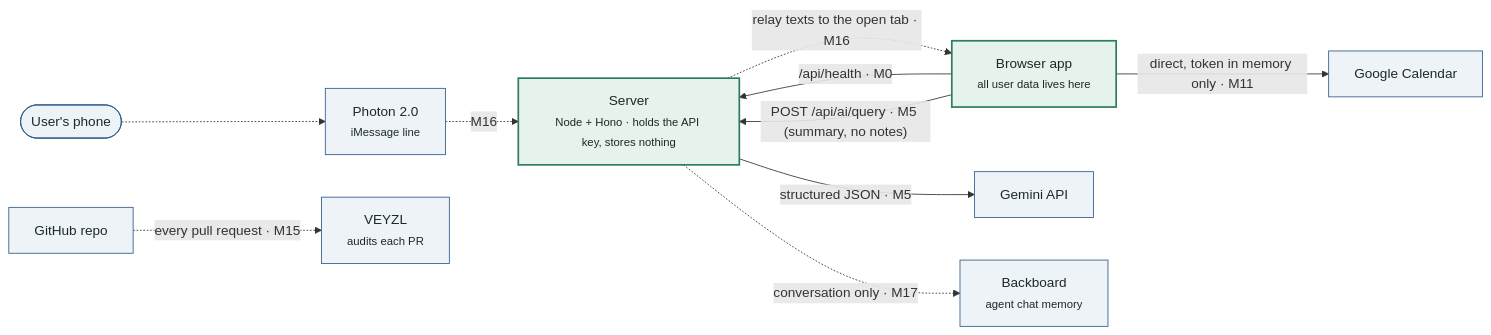
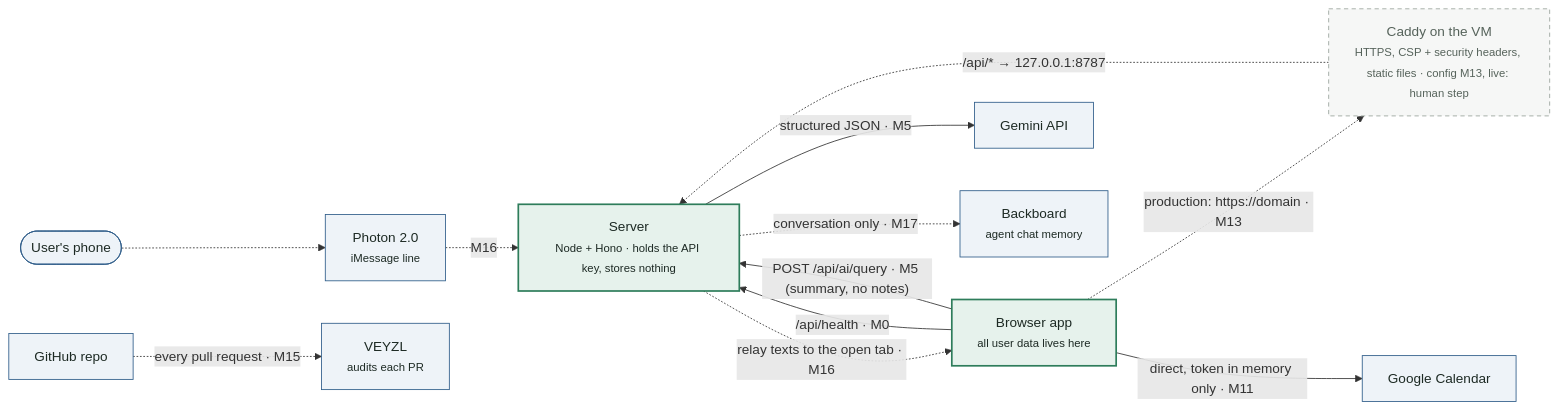
Before and after one commit to trafwel/ConnectWork: the first of 3 diagrams in docs/ARCHITECTURE.md, drawn with Mermaid. The commit also changed other lines of this file and 16 other files, not shown here.

First line of the commit message:
M13: deploy config (Caddy HTTPS + CSP, hardened systemd, runbook)

````diff
--- a/docs/ARCHITECTURE.md
+++ b/docs/ARCHITECTURE.md
@@ -9,25 +9,28 @@
 ```mermaid
 flowchart LR
   Phone(["User's phone"]):::external
   Browser["Browser app<br/><small>all user data lives here</small>"]:::built
   Server["Server<br/><small>Node + Hono · holds the API key, stores nothing</small>"]:::built
+  Caddy["Caddy on the VM<br/><small>HTTPS, CSP + security headers, static files · config M13, live: human step</small>"]:::planned
   Gemini["Gemini API"]:::external
   GCal["Google Calendar"]:::external
   Photon["Photon 2.0<br/><small>iMessage line</small>"]:::external
   Backboard["Backboard<br/><small>agent chat memory</small>"]:::external
   GitHub["GitHub repo"]:::external
   VEYZL["VEYZL<br/><small>audits each PR</small>"]:::external
 
+  Browser -.->|"production: https://domain · M13"| Caddy
+  Caddy -.->|"/api/* → 127.0.0.1:8787"| Server
   Browser -->|"/api/health · M0"| Server
   Browser -->|"POST /api/ai/query · M5 (summary, no notes)"| Server
   Server -->|"structured JSON · M5"| Gemini
   Browser -->|"direct, token in memory only · M11"| GCal
   Phone -.-> Photon -.->|"M16"| Server
   Server -.->|"relay texts to the open tab · M16"| Browser
   Server -.->|"conversation only · M17"| Backboard
   GitHub -.->|"every pull request · M15"| VEYZL
 
   classDef built fill:#e6f2ec,stroke:#2e7d5b,stroke-width:2px,color:#1d2a24;
   classDef planned fill:#f6f7f6,stroke:#9aa39c,stroke-dasharray:5 4,color:#56635b;
   classDef external fill:#eef3f8,stroke:#2f5d8a,color:#1d2a24;
 ```
````
